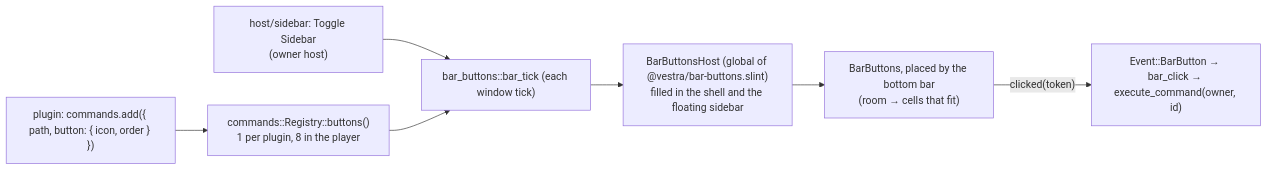
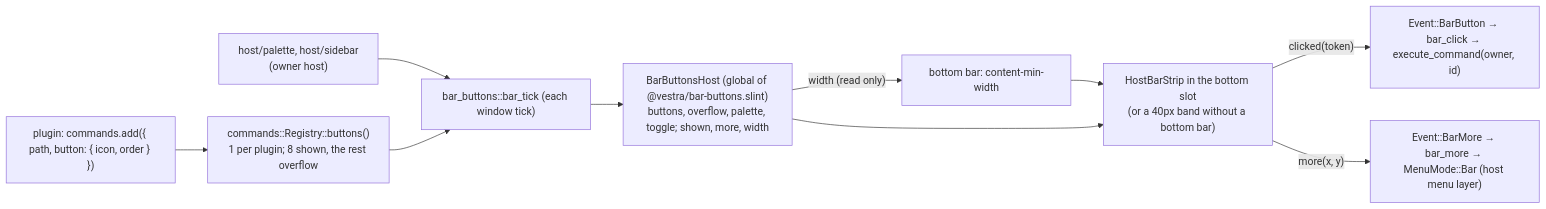
Before and after one commit to vestrasys/vestra-player: the diagram in doc/architecture/panel-slots.md, drawn with Mermaid. The commit also changed other lines of this file and 31 other files, not shown here.

First line of the commit message:
Host bar strip: the player places the button strip, » overflow, 🔍 palette button, band without a bottom plugin; playback reports content-min-width and drops its own strip [skip ci]

````diff
--- a/doc/architecture/panel-slots.md
+++ b/doc/architecture/panel-slots.md
@@ -86,9 +88,12 @@
 ```mermaid
 flowchart LR
-    P["plugin: commands.add({ path, button: { icon, order } })"] --> R["commands::Registry::buttons()<br/>1 per plugin, 8 in the player"]
-    H["host/sidebar: Toggle Sidebar<br/>(owner host)"] --> T["bar_buttons::bar_tick (each window tick)"]
+    P["plugin: commands.add({ path, button: { icon, order } })"] --> R["commands::Registry::buttons()<br/>1 per plugin; 8 shown, the rest overflow"]
+    H["host/palette, host/sidebar<br/>(owner host)"] --> T["bar_buttons::bar_tick (each window tick)"]
     R --> T
-    T --> G["BarButtonsHost (global of @vestra/bar-buttons.slint)<br/>filled in the shell and the floating sidebar"]
-    G --> B["BarButtons, placed by the bottom bar<br/>(room → cells that fit)"]
-    B -- "clicked(token)" --> E["Event::BarButton → bar_click → execute_command(owner, id)"]
+    T --> G["BarButtonsHost (global of @vestra/bar-buttons.slint)<br/>buttons, overflow, palette, toggle; shown, more, width"]
+    M["bottom bar: content-min-width"] --> S
+    G --> S["HostBarStrip in the bottom slot<br/>(or a 40px band without a bottom bar)"]
+    S -- "clicked(token)" --> E["Event::BarButton → bar_click → execute_command(owner, id)"]
+    S -- "more(x, y)" --> O["Event::BarMore → bar_more → MenuMode::Bar (host menu layer)"]
+    G -- "width (read only)" --> M
 ```
````
